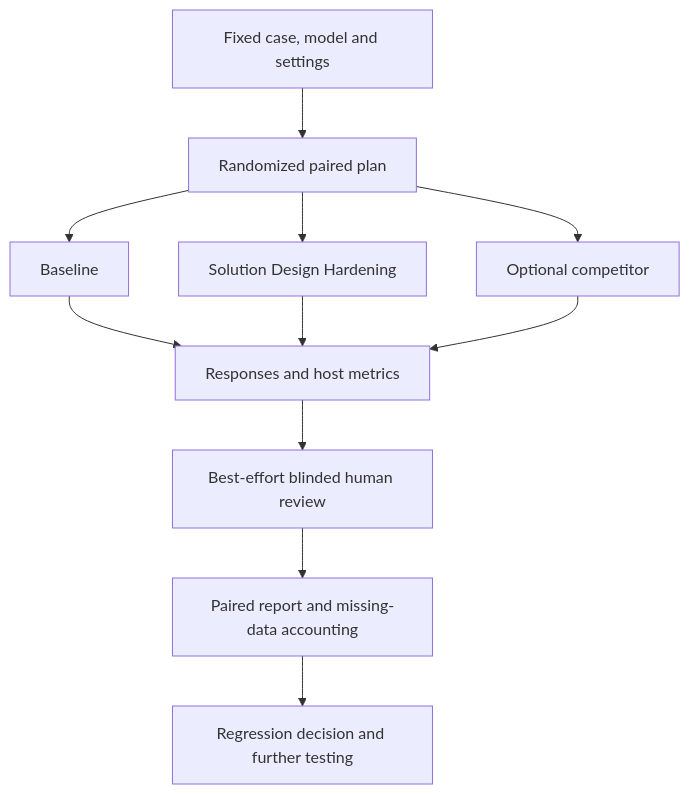
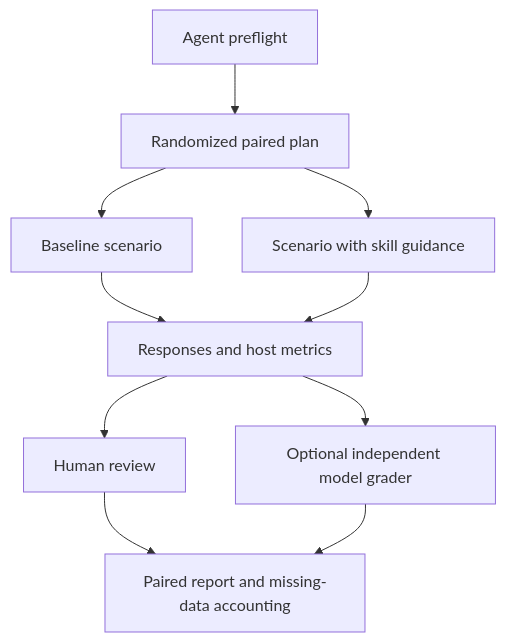
Before and after one commit to ameralqarallih-lgtm/solution-design-hardening: the seventh of 9 diagrams in README.md, drawn with Mermaid. The commit also changed other lines of this file and 11 other files, not shown here.

````diff
--- a/README.md
+++ b/README.md
@@ -277,13 +277,12 @@
 ```mermaid
 flowchart TD
-    A[Fixed case, model and settings] --> P[Randomized paired plan]
-    P --> B[Baseline]
-    P --> S[Solution Design Hardening]
-    P --> C[Optional competitor]
+    A[Agent preflight] --> P[Randomized paired plan]
+    P --> B[Baseline scenario]
+    P --> S[Scenario with skill guidance]
     B --> R[Responses and host metrics]
     S --> R
-    C --> R
-    R --> V[Best-effort blinded human review]
-    V --> M[Paired report and missing-data accounting]
-    M --> G[Regression decision and further testing]
+    R --> H[Human review]
+    R --> J[Optional independent model grader]
+    H --> M[Paired report and missing-data accounting]
+    J --> M
 ```
````
